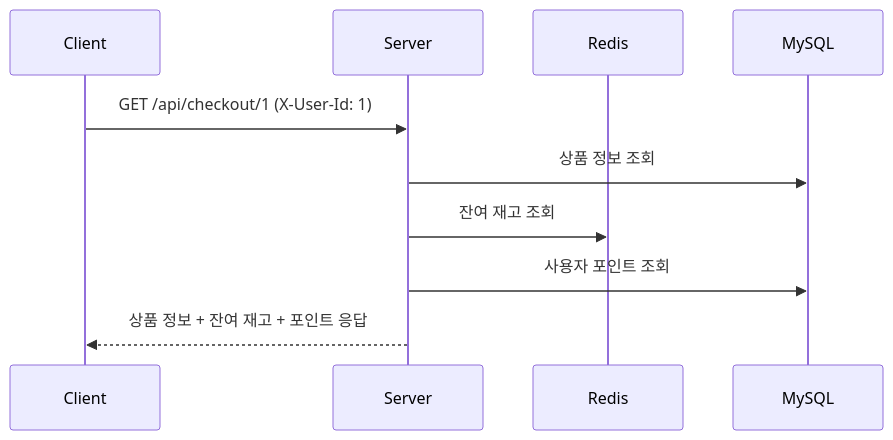
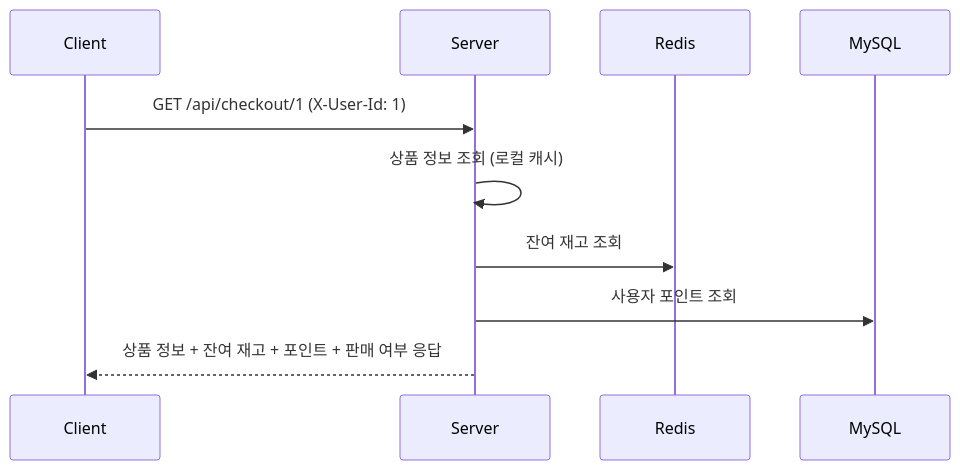
One commit to hyunmin0317/reservation-payment-platform changed the second of 4 diagrams in README.md. Above: the diagram before and after it, drawn with Mermaid. The commit also changed other lines of this file and 2 other files, not shown here.

````diff
--- a/README.md
+++ b/README.md
@@ -319,13 +320,13 @@
 ```mermaid
 sequenceDiagram
     participant C as Client
     participant S as Server
     participant R as Redis
     participant DB as MySQL
 
     C->>S: GET /api/checkout/1 (X-User-Id: 1)
-    S->>DB: 상품 정보 조회
+    S->>S: 상품 정보 조회 (로컬 캐시)
     S->>R: 잔여 재고 조회
     S->>DB: 사용자 포인트 조회
-    S-->>C: 상품 정보 + 잔여 재고 + 포인트 응답
+    S-->>C: 상품 정보 + 잔여 재고 + 포인트 + 판매 여부 응답
 ```
````
